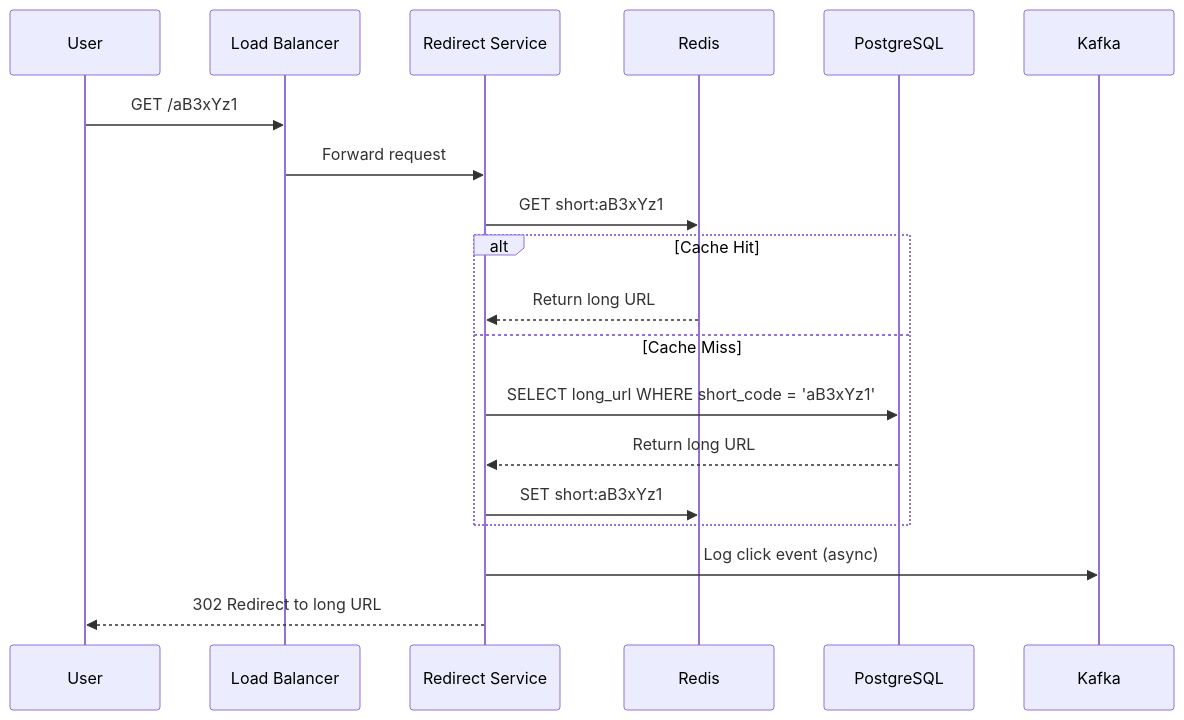
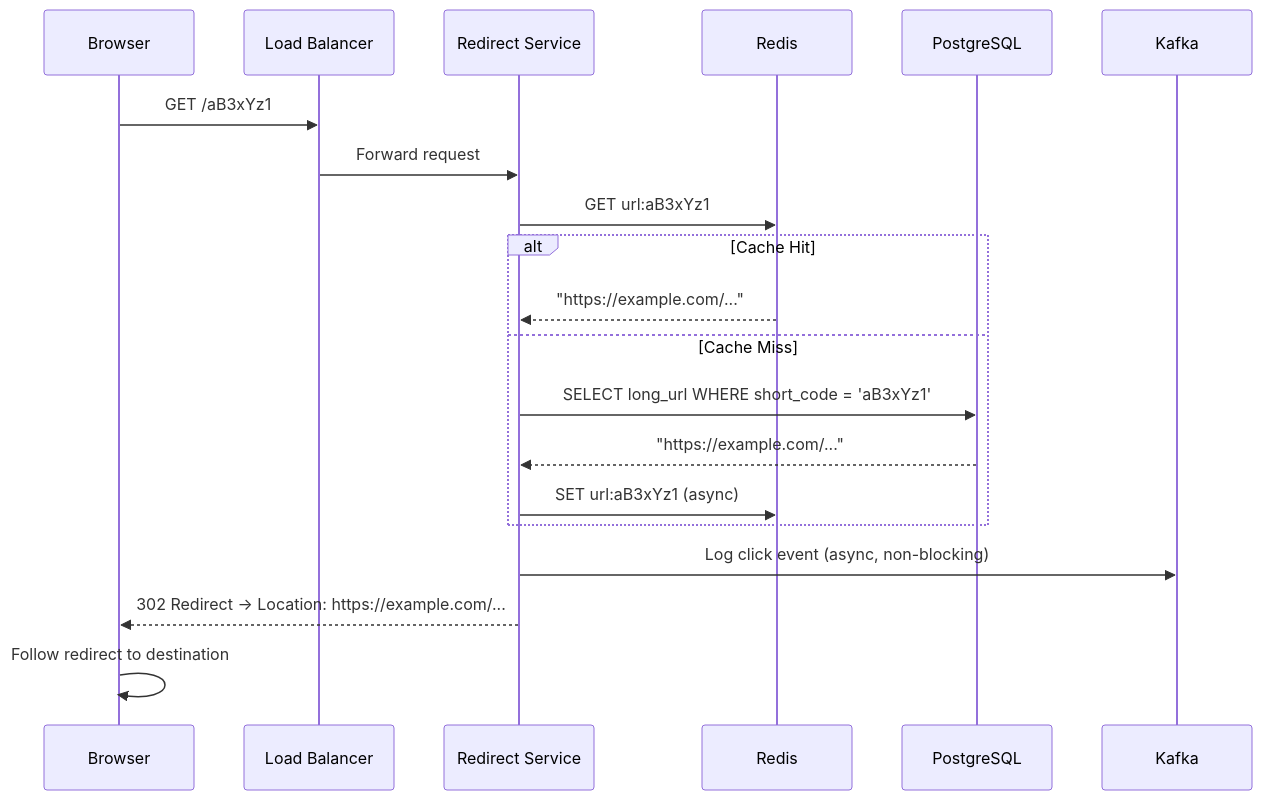
The third of 6 diagrams in software_system_design/url_shortening.md (spawn08/system-design-interview), drawn with Mermaid before and after one commit. The commit also changed other lines of this file and 2 other files, not shown here.

````diff
--- a/software_system_design/url_shortening.md
+++ b/software_system_design/url_shortening.md
@@ -319,24 +719,27 @@
 ```mermaid
 sequenceDiagram
-    participant User
+    participant Browser
     participant LB as Load Balancer
-    participant Redirect as Redirect Service
+    participant App as Redirect Service
     participant Cache as Redis
     participant DB as PostgreSQL
     participant Queue as Kafka
     
-    User->>LB: GET /aB3xYz1
-    LB->>Redirect: Forward request
-    Redirect->>Cache: GET short:aB3xYz1
+    Browser->>LB: GET /aB3xYz1
+    LB->>App: Forward request
+    
+    App->>Cache: GET url:aB3xYz1
     
     alt Cache Hit
-        Cache-->>Redirect: Return long URL
+        Cache-->>App: "https://example.com/..."
     else Cache Miss
-        Redirect->>DB: SELECT long_url WHERE short_code = 'aB3xYz1'
-        DB-->>Redirect: Return long URL
-        Redirect->>Cache: SET short:aB3xYz1
+        App->>DB: SELECT long_url WHERE short_code = 'aB3xYz1'
+        DB-->>App: "https://example.com/..."
+        App->>Cache: SET url:aB3xYz1 (async)
     end
     
-    Redirect->>Queue: Log click event (async)
-    Redirect-->>User: 302 Redirect to long URL
+    App->>Queue: Log click event (async, non-blocking)
+    App-->>Browser: 302 Redirect → Location: https://example.com/...
+    
+    Browser->>Browser: Follow redirect to destination
 ```
````
